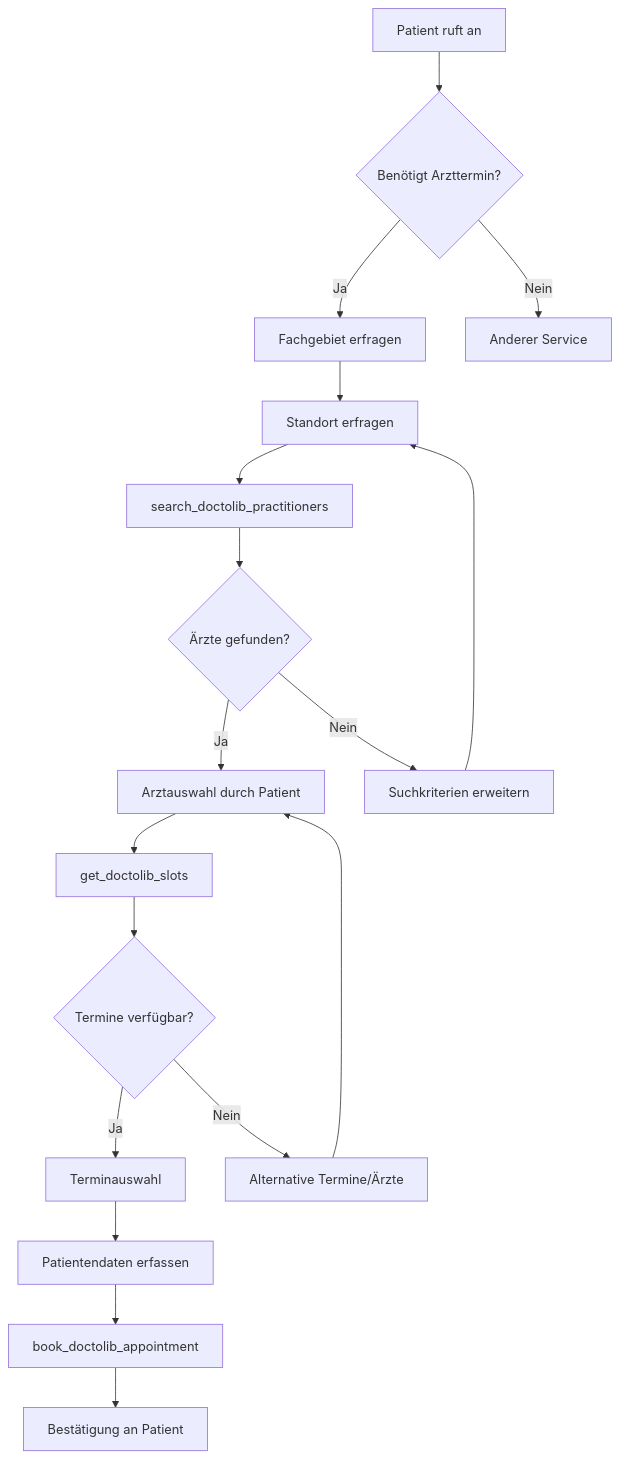
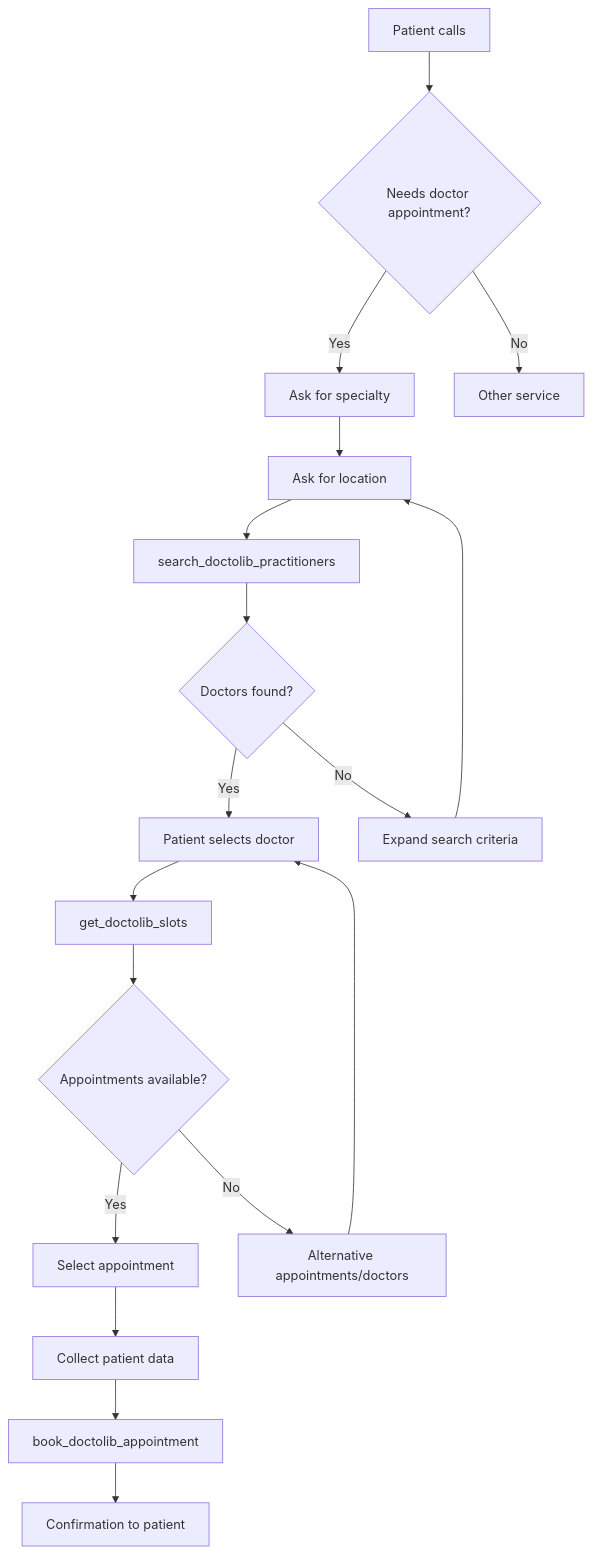
The diagram in en/automation-platform/mid-call-tools/integration-templates/doctolib-integration.mdx (bekgroup/Famulor-docs-de), drawn with Mermaid before and after one commit. The commit also changed other lines of this file and 5 other files, not shown here.

````diff
--- a/en/automation-platform/mid-call-tools/integration-templates/doctolib-integration.mdx
+++ b/en/automation-platform/mid-call-tools/integration-templates/doctolib-integration.mdx
@@ -347,20 +347,20 @@
 ```mermaid
 flowchart TD
-    A[Patient ruft an] --> B{Benötigt Arzttermin?}
-    B -->|Ja| C[Fachgebiet erfragen]
-    B -->|Nein| Z[Anderer Service]
-    C --> D[Standort erfragen]
+    A[Patient calls] --> B{Needs doctor appointment?}
+    B -->|Yes| C[Ask for specialty]
+    B -->|No| Z[Other service]
+    C --> D[Ask for location]
     D --> E[search_doctolib_practitioners]
-    E --> F{Ärzte gefunden?}
-    F -->|Ja| G[Arztauswahl durch Patient]
-    F -->|Nein| H[Suchkriterien erweitern]
+    E --> F{Doctors found?}
+    F -->|Yes| G[Patient selects doctor]
+    F -->|No| H[Expand search criteria]
     G --> I[get_doctolib_slots]
-    I --> J{Termine verfügbar?}
-    J -->|Ja| K[Terminauswahl]
-    J -->|Nein| L[Alternative Termine/Ärzte]
-    K --> M[Patientendaten erfassen]
+    I --> J{Appointments available?}
+    J -->|Yes| K[Select appointment]
+    J -->|No| L[Alternative appointments/doctors]
+    K --> M[Collect patient data]
     M --> N[book_doctolib_appointment]
-    N --> O[Bestätigung an Patient]
+    N --> O[Confirmation to patient]
     H --> D
     L --> G
 ```
````
